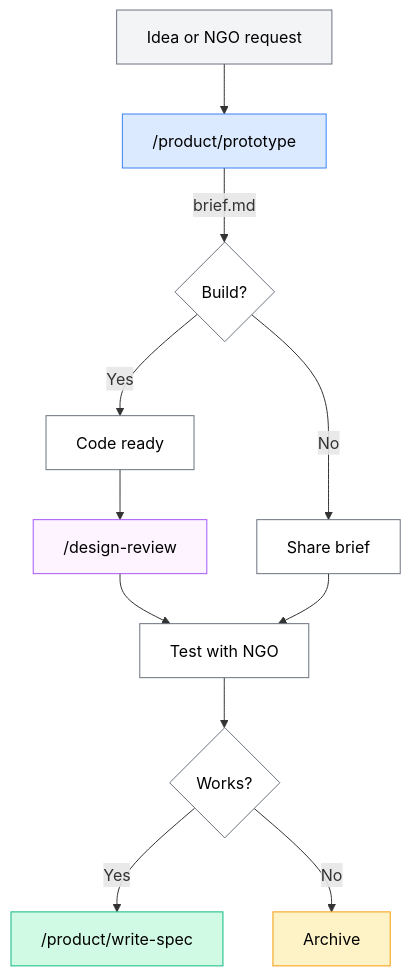
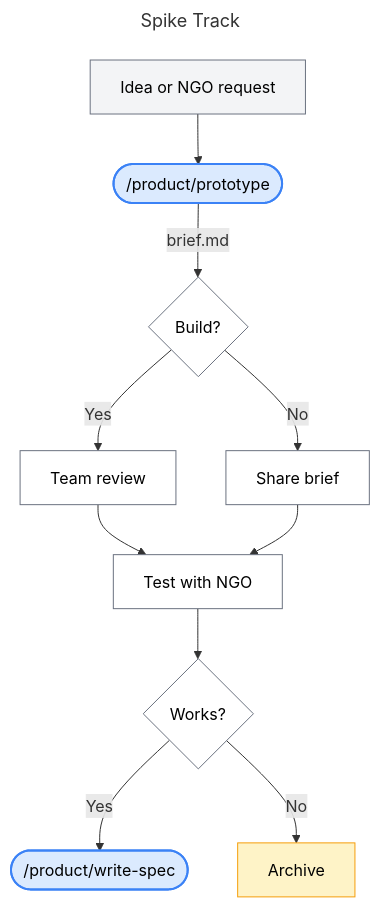
One commit to DalgoT4D/dalgo-core changed the first of 2 diagrams in README.md. Above: the diagram before and after it, drawn with Mermaid. The commit also changed other lines of this file, not shown here.

````diff
--- a/README.md
+++ b/README.md
@@ -58,24 +58,25 @@
 ```mermaid
+---
+title: Spike Track
+---
 flowchart TD
-    A["Idea or NGO request"] --> B["/product/prototype"]
+    A["Idea or NGO request"] --> B(["/product/prototype"])
     B --> |"brief.md"| C{"Build?"}
-    C --> |Yes| D["Code ready"]
+    C --> |Yes| D["Team review"]
     C --> |No| E["Share brief"]
-    D --> DR["/design-review"]
-    DR --> F["Test with NGO"]
+    D --> F["Test with NGO"]
     E --> F
     F --> G{Works?}
-    G --> |Yes| H["/product/write-spec"]
+    G --> |Yes| H(["/product/write-spec"])
     G --> |No| I["Archive"]
 
     style A fill:#f3f4f6,stroke:#6b7280,color:#000
-    style B fill:#dbeafe,stroke:#3b82f6,color:#000
+    style B fill:#dbeafe,stroke:#3b82f6,color:#000,stroke-width:2px
     style C fill:#fff,stroke:#6b7280,color:#000
     style D fill:#fff,stroke:#6b7280,color:#000
-    style DR fill:#fdf4ff,stroke:#a855f7,color:#000
     style E fill:#fff,stroke:#6b7280,color:#000
     style F fill:#fff,stroke:#6b7280,color:#000
     style G fill:#fff,stroke:#6b7280,color:#000
-    style H fill:#d1fae5,stroke:#10b981,color:#000
+    style H fill:#dbeafe,stroke:#3b82f6,color:#000,stroke-width:2px
     style I fill:#fef3c7,stroke:#f59e0b,color:#000
 ```
````
